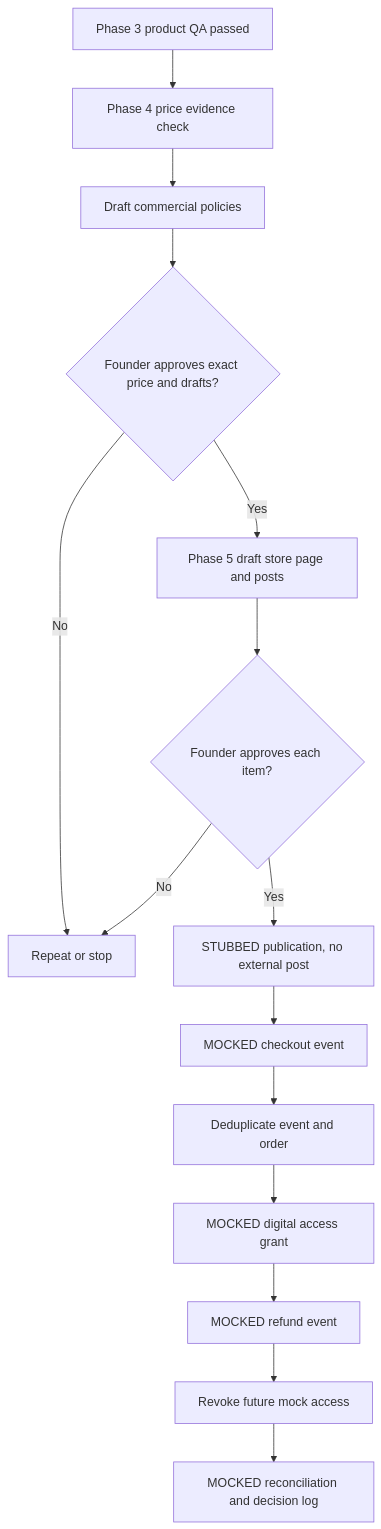
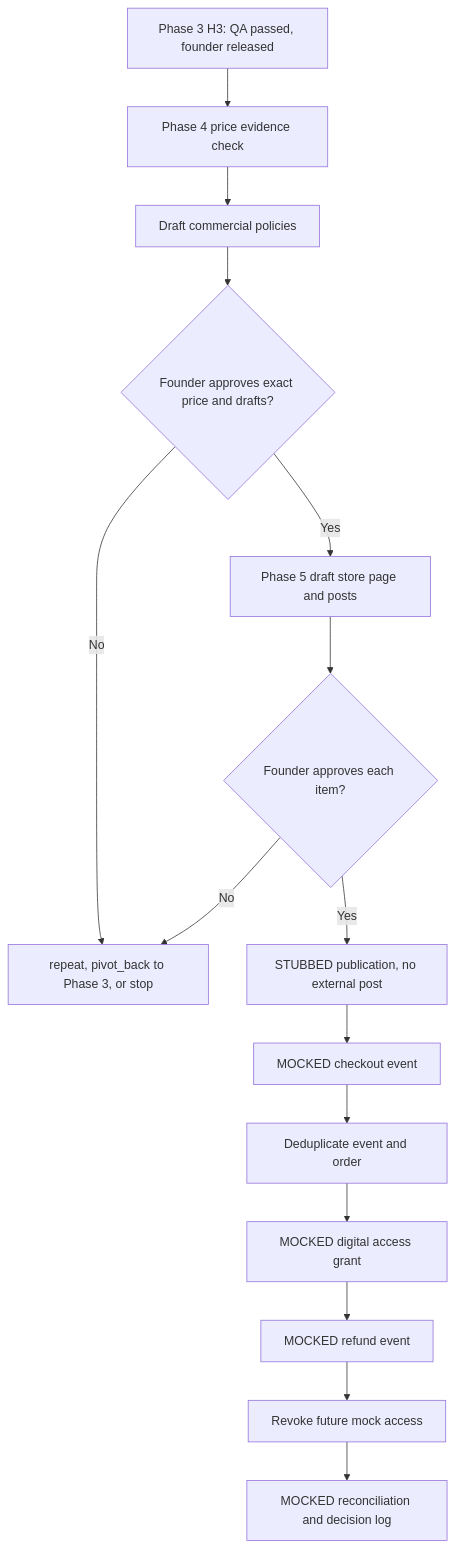
Before and after one commit to kareemelramly/MADS-CSEA-AI-Hackathon: the diagram in Phases-Research/Member4_Phase4_Phase5_Research.md, drawn with Mermaid. The commit also changed other lines of this file and 3 other files, not shown here.

````diff
--- a/Phases-Research/Member4_Phase4_Phase5_Research.md
+++ b/Phases-Research/Member4_Phase4_Phase5_Research.md
@@ -286,17 +391,17 @@
 ```mermaid
 flowchart TD
-  A[Phase 3 product QA passed] --> B[Phase 4 price evidence check]
+  A[Phase 3 H3: QA passed, founder released] --> B[Phase 4 price evidence check]
   B --> C[Draft commercial policies]
   C --> D{Founder approves exact price and drafts?}
-  D -->|No| E[Repeat or stop]
+  D -->|No| E[repeat, pivot_back to Phase 3, or stop]
   D -->|Yes| F[Phase 5 draft store page and posts]
   F --> G{Founder approves each item?}
   G -->|No| E
   G -->|Yes| H[STUBBED publication, no external post]
   H --> I[MOCKED checkout event]
   I --> J[Deduplicate event and order]
   J --> K[MOCKED digital access grant]
   K --> L[MOCKED refund event]
   L --> M[Revoke future mock access]
   M --> N[MOCKED reconciliation and decision log]
 ```
````
